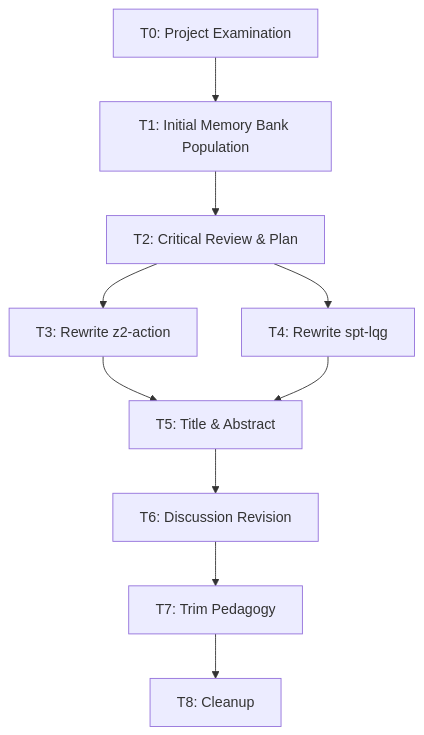
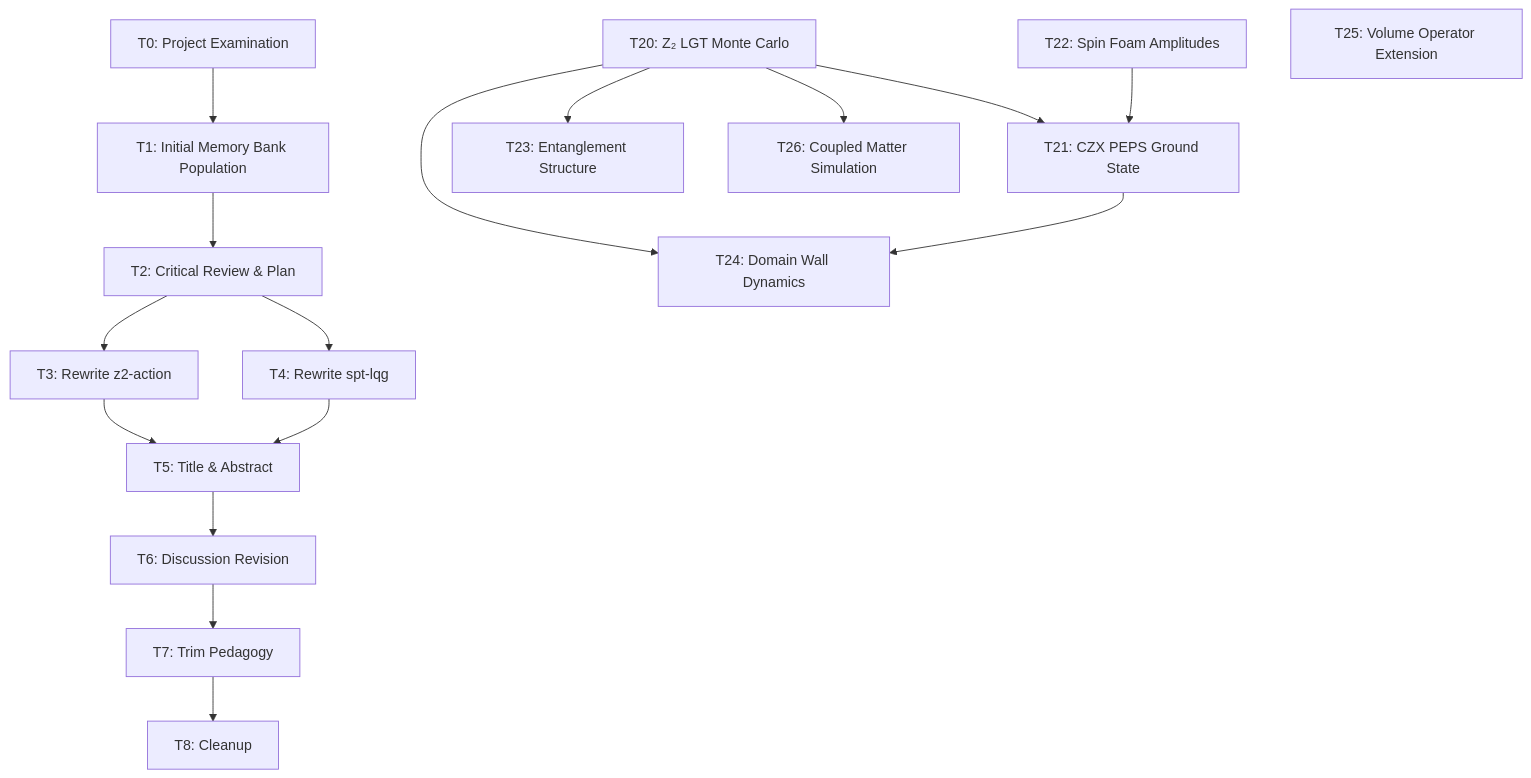
One commit to space-cadet/timesarrow changed the diagram in memory-bank/tasks.md. Above: the diagram before and after it, drawn with Mermaid. The commit also changed other lines of this file and 17 other files, not shown here.

````diff
--- a/memory-bank/tasks.md
+++ b/memory-bank/tasks.md
@@ -137,22 +144,36 @@
 ```mermaid
 graph TD
     T1[T1: Initial Memory Bank Population]
     T2[T2: Critical Review & Plan]
     T3[T3: Rewrite z2-action]
     T4[T4: Rewrite spt-lqg]
     T5[T5: Title & Abstract]
     T6[T6: Discussion Revision]
     T7[T7: Trim Pedagogy]
     T8[T8: Cleanup]
     T0[T0: Project Examination]
+    T20[T20: Z₂ LGT Monte Carlo]
+    T21[T21: CZX PEPS Ground State]
+    T22[T22: Spin Foam Amplitudes]
+    T23[T23: Entanglement Structure]
+    T24[T24: Domain Wall Dynamics]
+    T25[T25: Volume Operator Extension]
+    T26[T26: Coupled Matter Simulation]
     
     T0 --> T1
     T1 --> T2
     T2 --> T3
     T2 --> T4
     T3 --> T5
     T4 --> T5
     T5 --> T6
     T6 --> T7
     T7 --> T8
+    
+    T20 --> T21
+    T20 --> T23
+    T20 --> T24
+    T20 --> T26
+    T21 --> T24
+    T22 --> T21
 ```
````
